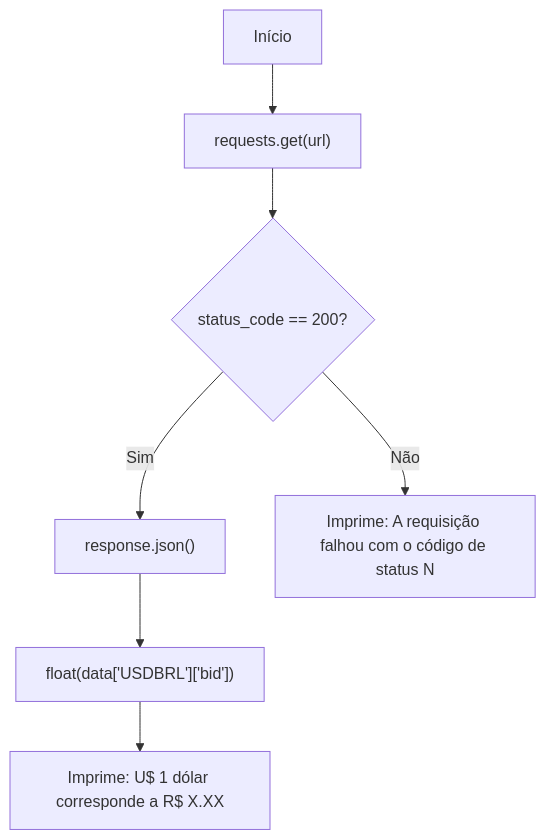
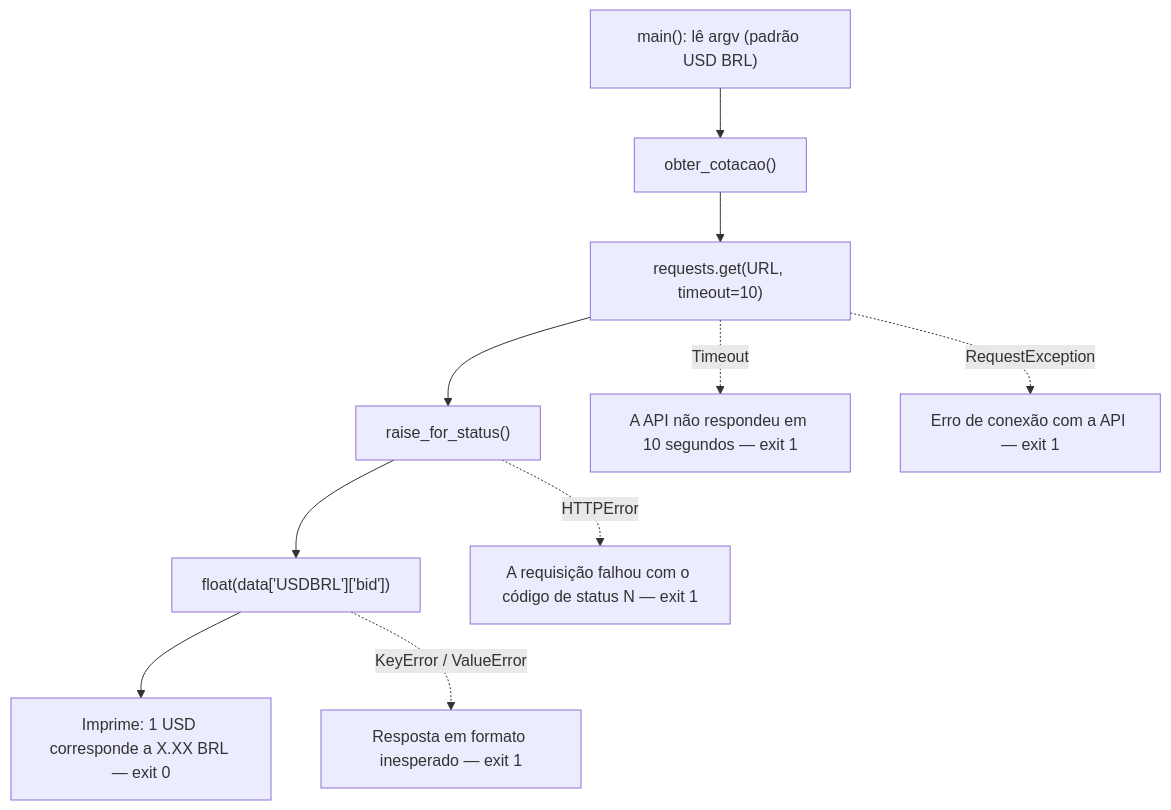
Before and after one commit to marcuswlima/learning: the diagram in python/alura/carreira/NIVEL1/03-objetos-API/VALOR_DO_DOLAR/README.md, drawn with Mermaid. The commit also changed other lines of this file and 3 other files, not shown here.

````diff
--- a/python/alura/carreira/NIVEL1/03-objetos-API/VALOR_DO_DOLAR/README.md
+++ b/python/alura/carreira/NIVEL1/03-objetos-API/VALOR_DO_DOLAR/README.md
@@ -41,9 +49,12 @@
 ```mermaid
 flowchart TD
-    A[Início] --> B["requests.get(url)"]
-    B --> C{status_code == 200?}
-    C -- Sim --> D["response.json()"]
+    A["main(): lê argv (padrão USD BRL)"] --> B["obter_cotacao()"]
+    B --> C["requests.get(URL, timeout=10)"]
+    C --> D["raise_for_status()"]
     D --> E["float(data['USDBRL']['bid'])"]
-    E --> F["Imprime: U$ 1 dólar corresponde a R$ X.XX"]
-    C -- Não --> G["Imprime: A requisição falhou com o código de status N"]
+    E --> F["Imprime: 1 USD corresponde a X.XX BRL — exit 0"]
+    C -. Timeout .-> T["A API não respondeu em 10 segundos — exit 1"]
+    C -. RequestException .-> R["Erro de conexão com a API — exit 1"]
+    D -. HTTPError .-> H["A requisição falhou com o código de status N — exit 1"]
+    E -. KeyError / ValueError .-> K["Resposta em formato inesperado — exit 1"]
 ```
````
